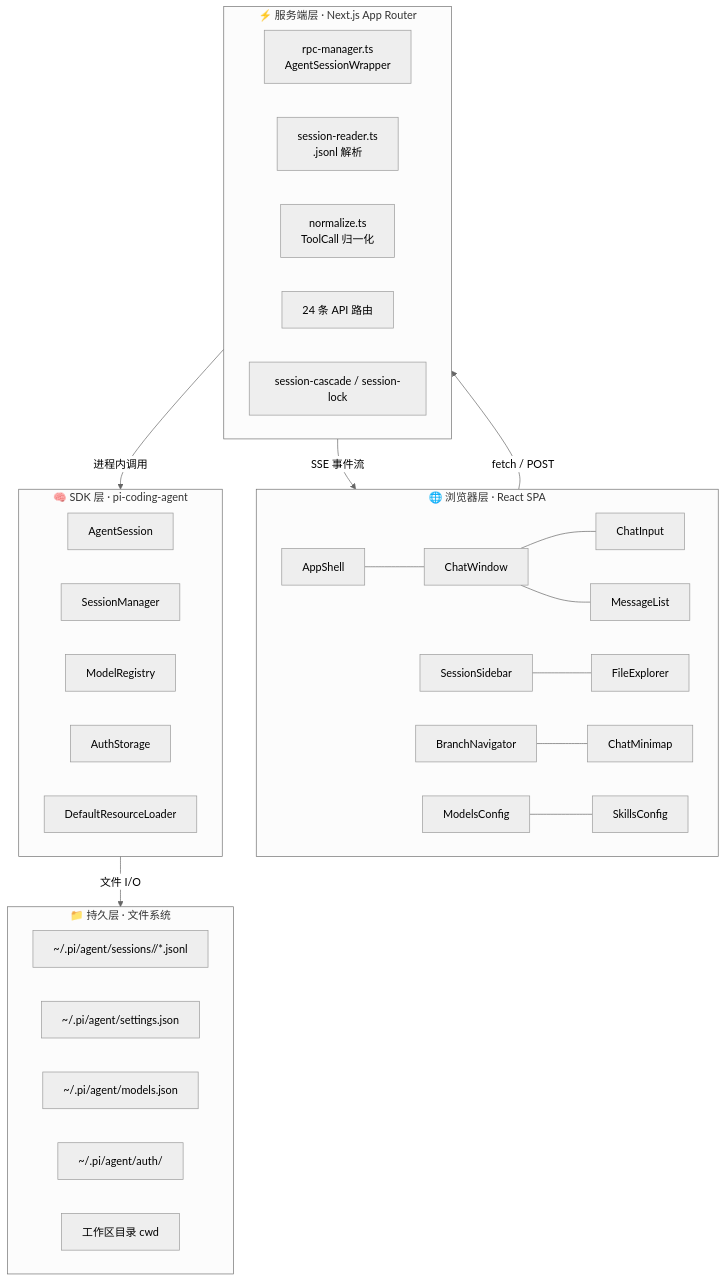
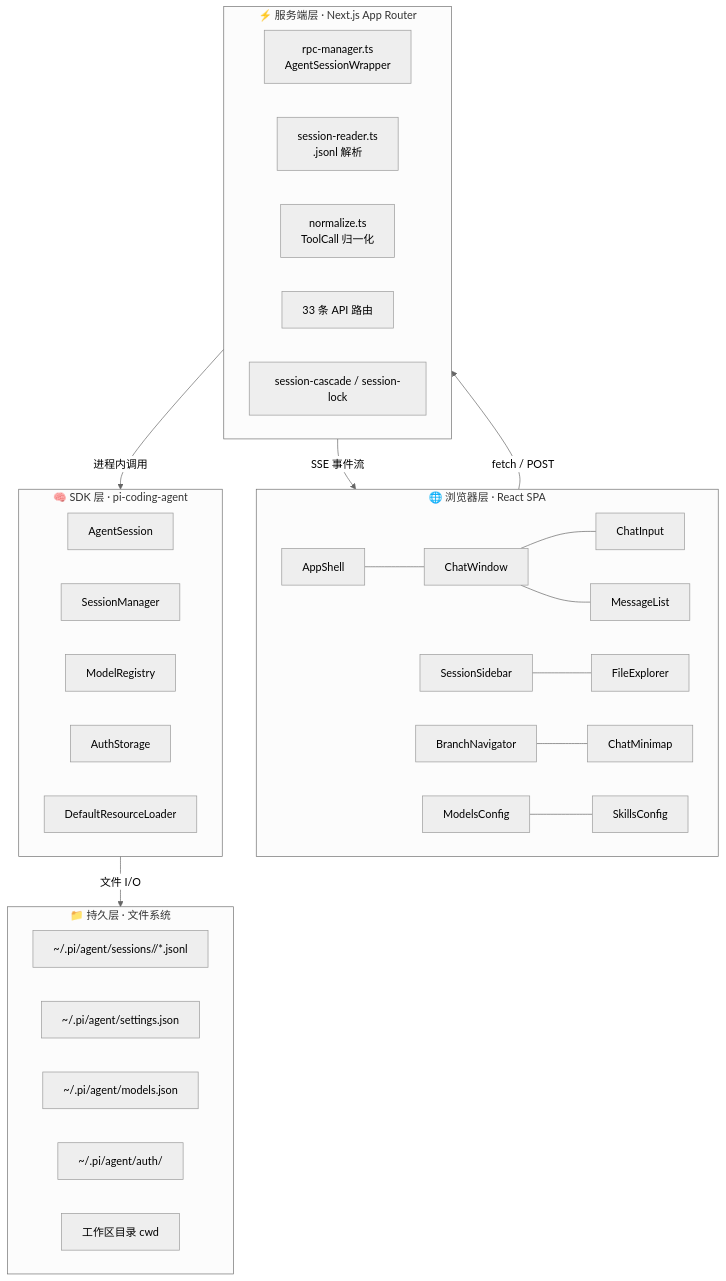
One commit to Chasen-Liao/pi-agent-desktop changed the first of 3 diagrams in docs/ARCHITECTURE.md. Above: the diagram before and after it, drawn with Mermaid (neutral theme). The commit also changed other lines of this file and 3 other files, not shown here.

Commit message:
docs: update ARCHITECTURE.md, CLAUDE.md, and AGENTS.md for Wave 1 and Wave 2 completion

````diff
--- a/docs/ARCHITECTURE.md
+++ b/docs/ARCHITECTURE.md
@@ -86,44 +87,44 @@
 ```mermaid
 flowchart TD
     subgraph L1["🌐 浏览器层 · React SPA"]
         direction LR
         C1[AppShell] --- C2[ChatWindow]
         C2 --- C3[ChatInput]
         C2 --- C4[MessageList]
         C5[SessionSidebar] --- C6[FileExplorer]
         C7[BranchNavigator] --- C8[ChatMinimap]
         C9[ModelsConfig] --- C10[SkillsConfig]
     end
 
     subgraph L2["⚡ 服务端层 · Next.js App Router"]
         direction LR
         S1[rpc-manager.ts<br/>AgentSessionWrapper]
         S2[session-reader.ts<br/>.jsonl 解析]
         S3[normalize.ts<br/>ToolCall 归一化]
-        S4["24 条 API 路由"]
+        S4["33 条 API 路由"]
         S5[session-cascade / session-lock]
     end
 
     subgraph L3["🧠 SDK 层 · pi-coding-agent"]
         direction LR
         A1[AgentSession]
         A2[SessionManager]
         A3[ModelRegistry]
         A4[AuthStorage]
         A5[DefaultResourceLoader]
     end
 
     subgraph L4["📁 持久层 · 文件系统"]
         direction LR
         F1["~/.pi/agent/sessions/<encoded-cwd>/*.jsonl"]
         F2["~/.pi/agent/settings.json"]
         F3["~/.pi/agent/models.json"]
         F4["~/.pi/agent/auth/"]
         F5[工作区目录 cwd]
     end
 
     L1 -->|"fetch / POST"| L2
     L2 -->|"SSE 事件流"| L1
     L2 -->|"进程内调用"| L3
     L3 -->|"文件 I/O"| L4
 ```
````
